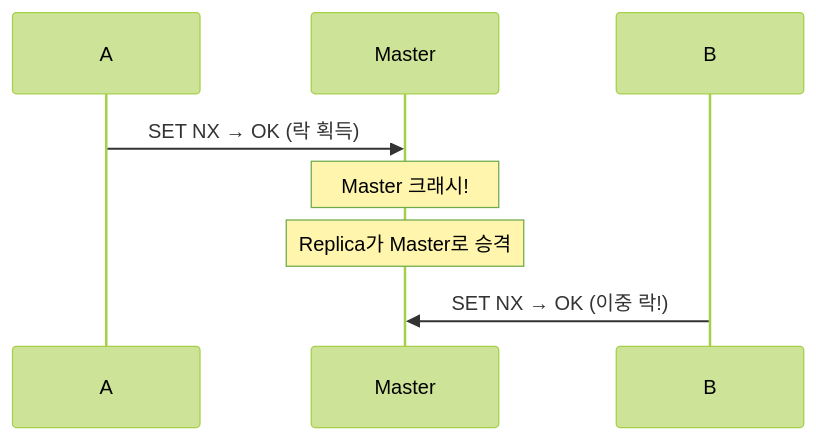
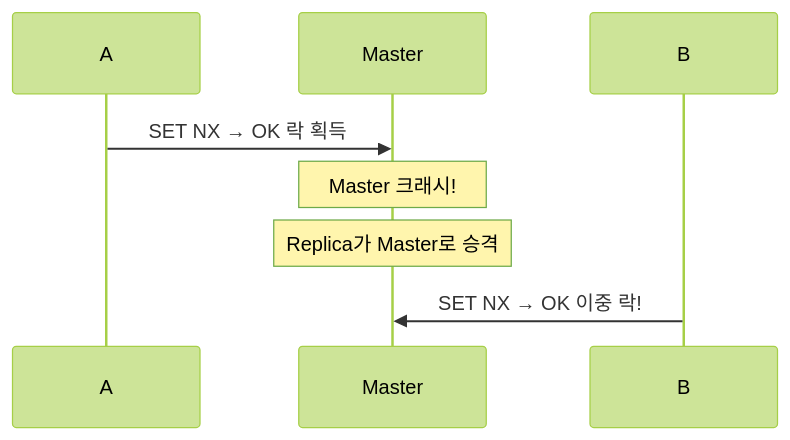
Before and after one commit to yjkim2015/yjkim2015.github.io: diagram 11 of 15 in _posts/redis/2026-05-01-redis-distributed-lock.md, drawn with Mermaid (forest theme). The commit also changed other lines of this file and 85 other files, not shown here.

First line of the commit message:
sequenceDiagram 문법 에러 2차 수정 169개 (86파일)

````diff
--- a/_posts/redis/2026-05-01-redis-distributed-lock.md
+++ b/_posts/redis/2026-05-01-redis-distributed-lock.md
@@ -956,7 +956,7 @@
 ```mermaid
 sequenceDiagram
-    A->>Master: SET NX → OK (락 획득)
+    A->>Master: SET NX → OK 락 획득
     Note over Master: Master 크래시!
     Note over Master: Replica가 Master로 승격
-    B->>Master: SET NX → OK (이중 락!)
+    B->>Master: SET NX → OK 이중 락!
 ```
````
